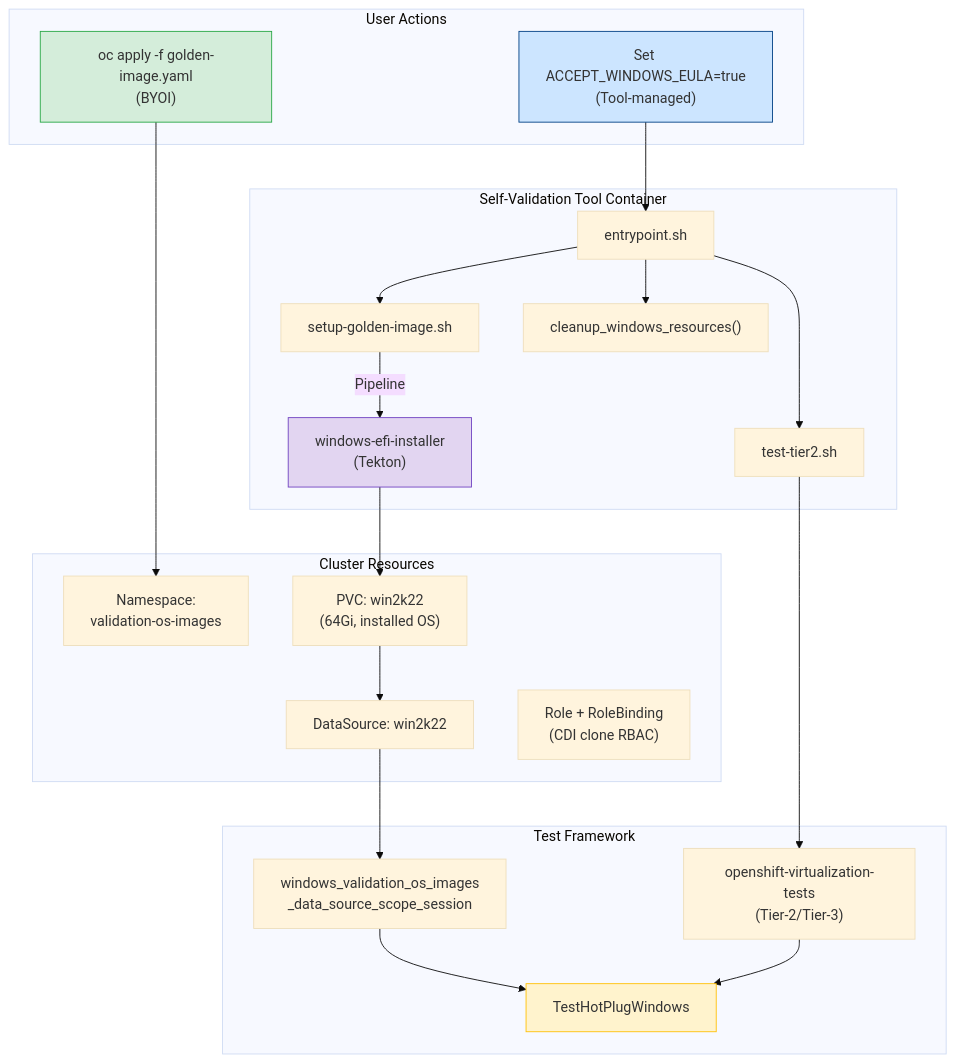
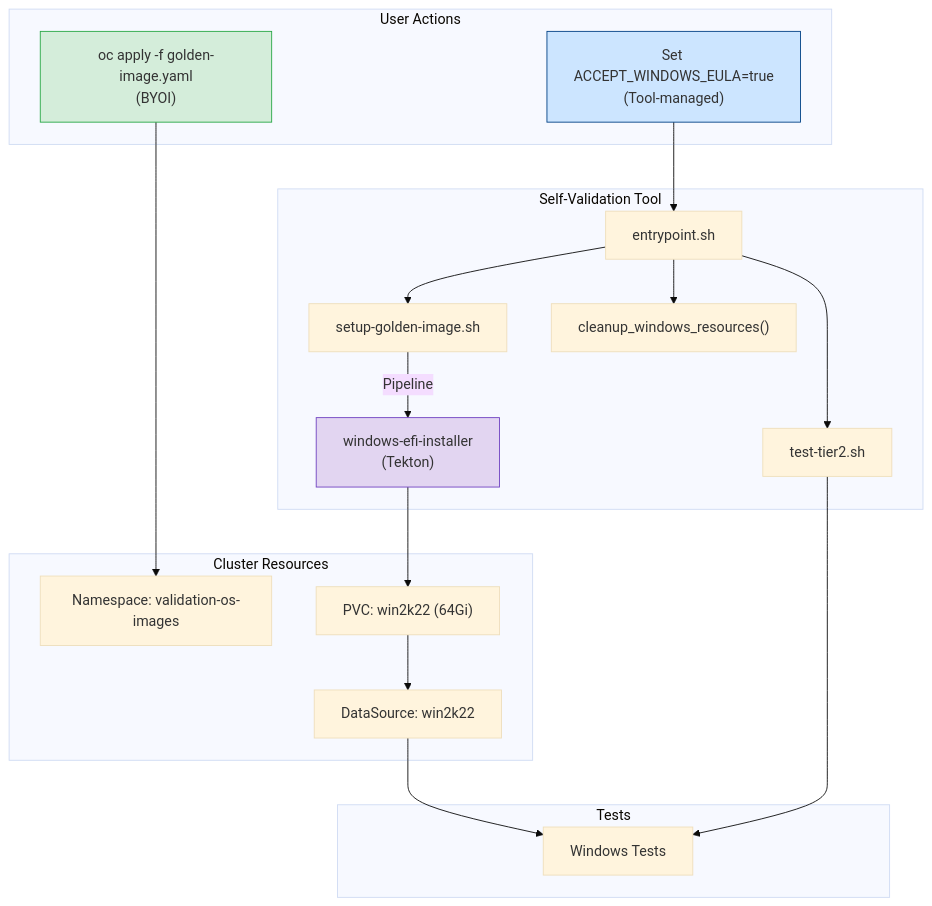
One commit to Ahmad-Hafe/ocp-virt-validation-checkup changed the second of 3 diagrams in docs/WINDOWS_GOLDEN_IMAGE_DESIGN.md. Above: the diagram before and after it, drawn with Mermaid (base theme). The commit also changed other lines of this file, not shown here.

First line of the commit message:
docs: add alternatives, test plan, and implementation phases to design doc

````diff
--- a/docs/WINDOWS_GOLDEN_IMAGE_DESIGN.md
+++ b/docs/WINDOWS_GOLDEN_IMAGE_DESIGN.md
@@ -351,41 +107,35 @@
 ```mermaid
 graph TB
     subgraph "User Actions"
         U1["oc apply -f golden-image.yaml<br/>(BYOI)"]
         U2["Set ACCEPT_WINDOWS_EULA=true<br/>(Tool-managed)"]
     end
 
-    subgraph "Self-Validation Tool Container"
+    subgraph "Self-Validation Tool"
         E["entrypoint.sh"] --> S["setup-golden-image.sh"]
         E --> T["test-tier2.sh"]
         E --> C["cleanup_windows_resources()"]
-        S --> |"Pipeline"| P["windows-efi-installer<br/>(Tekton)"]
+        S -->|"Pipeline"| P["windows-efi-installer<br/>(Tekton)"]
     end
 
     subgraph "Cluster Resources"
-        NS["Namespace:<br/>validation-os-images"]
-        PVC["PVC: win2k22<br/>(64Gi, installed OS)"]
+        NS["Namespace: validation-os-images"]
         DS["DataSource: win2k22"]
-        RBAC["Role + RoleBinding<br/>(CDI clone RBAC)"]
+        PVC["PVC: win2k22 (64Gi)"]
     end
 
-    subgraph "Test Framework"
-        OVT["openshift-virtualization-tests<br/>(Tier-2/Tier-3)"]
-        FIX["windows_validation_os_images<br/>_data_source_scope_session"]
-        HP["TestHotPlugWindows"]
+    subgraph "Tests"
+        HP["Windows Tests"]
     end
 
     U1 --> NS
     U2 --> E
     P --> PVC
     PVC --> DS
-    DS --> FIX
-    FIX --> HP
-    T --> OVT
-    OVT --> HP
+    DS --> HP
+    T --> HP
 
     style U1 fill:#d4edda,stroke:#28a745
     style U2 fill:#cce5ff,stroke:#004085
     style P fill:#e2d5f1,stroke:#6f42c1
-    style HP fill:#fff3cd,stroke:#ffc107
 ```
````
